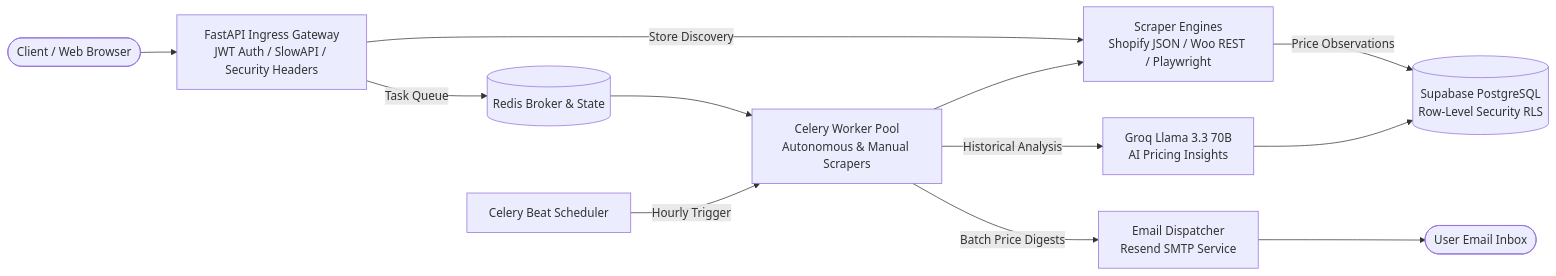
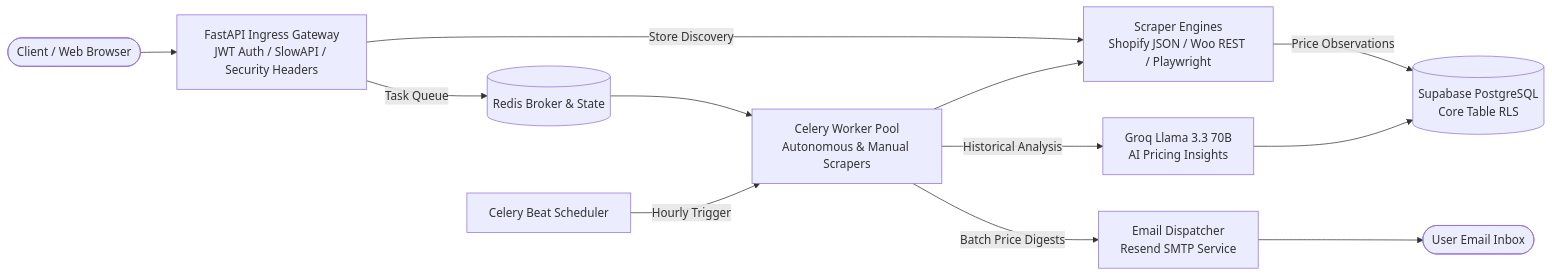
Before and after one commit to dreww01/pricehawk: the diagram in README.md, drawn with Mermaid. The commit also changed other lines of this file, not shown here.

Commit message:
docs(security): clarify core table rls and alert table tenant filtering (resolves #REV-09)

````diff
--- a/README.md
+++ b/README.md
@@ -14,19 +14,19 @@
 ```mermaid
 flowchart LR
     Client([Client / Web Browser]) --> Ingress[FastAPI Ingress Gateway<br/>JWT Auth / SlowAPI / Security Headers]
     
     Ingress -->|Store Discovery| ScraperEngines[Scraper Engines<br/>Shopify JSON / Woo REST / Playwright]
     Ingress -->|Task Queue| RedisBroker[(Redis Broker & State)]
     
     RedisBroker --> CeleryWorkers[Celery Worker Pool<br/>Autonomous & Manual Scrapers]
     CeleryWorkers --> ScraperEngines
     
-    ScraperEngines -->|Price Observations| SupabaseDB[(Supabase PostgreSQL<br/>Row-Level Security RLS)]
+    ScraperEngines -->|Price Observations| SupabaseDB[(Supabase PostgreSQL<br/>Core Table RLS)]
     
     CeleryWorkers -->|Historical Analysis| GroqAI[Groq Llama 3.3 70B<br/>AI Pricing Insights]
     GroqAI --> SupabaseDB
     
     CeleryBeat[Celery Beat Scheduler] -->|Hourly Trigger| CeleryWorkers
     CeleryWorkers -->|Batch Price Digests| EmailDispatcher[Email Dispatcher<br/>Resend SMTP Service]
     EmailDispatcher --> UserInbox([User Email Inbox])
 ```
````
